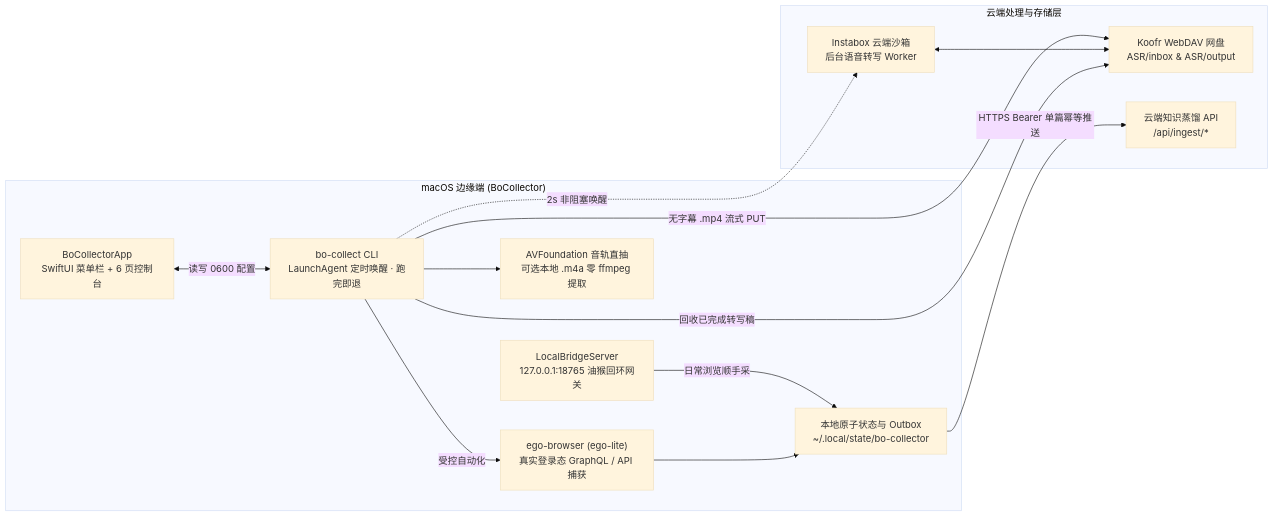
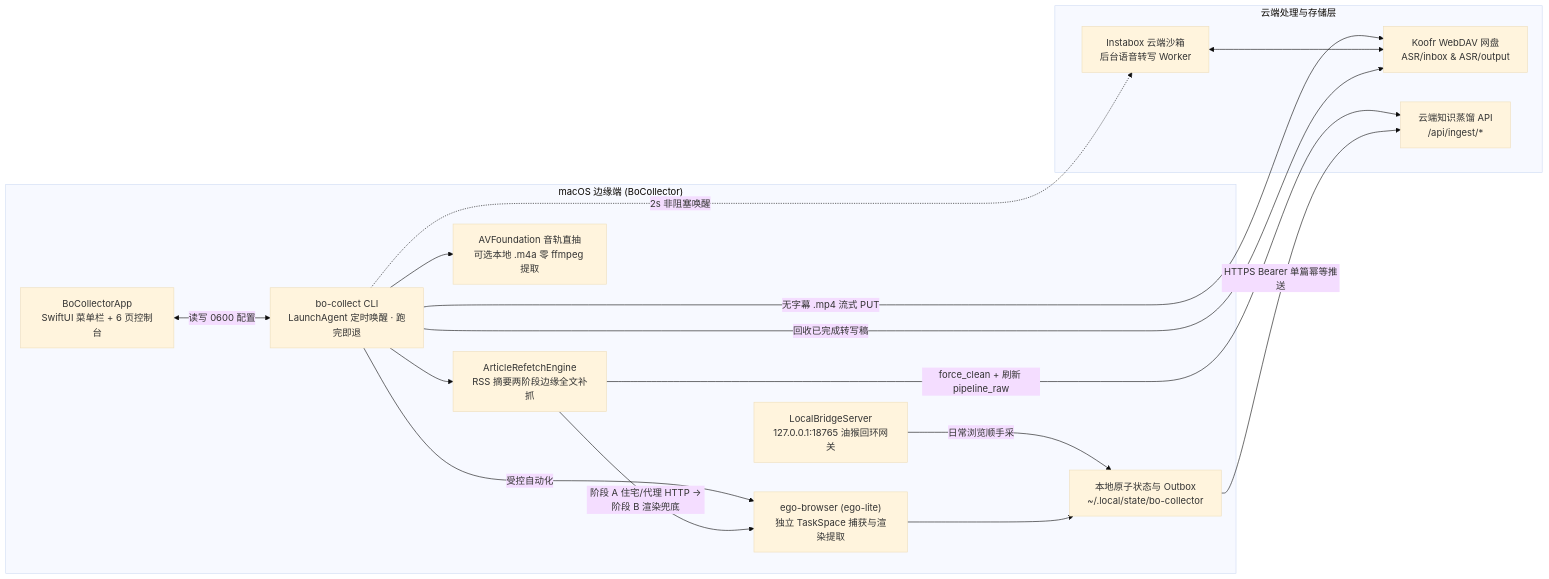
One commit to zhangsubo/bo-collector changed the diagram in README.md. Above: the diagram before and after it, drawn with Mermaid (base theme). The commit also changed other lines of this file, not shown here.

Commit message:
docs: 补充 RSS 两阶段边缘全文补抓架构与 CLI 文档说明

````diff
--- a/README.md
+++ b/README.md
@@ -15,28 +15,32 @@
 ```mermaid
 flowchart LR
     subgraph Mac["macOS 边缘端 (BoCollector)"]
         UI["BoCollectorApp<br/>SwiftUI 菜单栏 + 6 页控制台"]
         CLI["bo-collect CLI<br/>LaunchAgent 定时唤醒 · 跑完即退"]
+        Refetch["ArticleRefetchEngine<br/>RSS 摘要两阶段边缘全文补抓"]
         Bridge["LocalBridgeServer<br/>127.0.0.1:18765 油猴回环网关"]
         Outbox["本地原子状态与 Outbox<br/>~/.local/state/bo-collector"]
-        Ego["ego-browser (ego-lite)<br/>真实登录态 GraphQL / API 捕获"]
+        Ego["ego-browser (ego-lite)<br/>独立 TaskSpace 捕获与渲染提取"]
         AV["AVFoundation 音轨直抽<br/>可选本地 .m4a 零 ffmpeg 提取"]
     end
 
     subgraph Cloud["云端处理与存储层"]
         Koofr["Koofr WebDAV 网盘<br/>ASR/inbox & ASR/output"]
         Box["Instabox 云端沙箱<br/>后台语音转写 Worker"]
         Distiller["云端知识蒸馏 API<br/>/api/ingest/*"]
     end
 
     UI <-->|"读写 0600 配置"| CLI
     CLI -->|"受控自动化"| Ego
+    CLI --> Refetch
+    Refetch -->|"阶段 A 住宅/代理 HTTP ->阶段 B 渲染兜底"| Ego
+    Refetch -->|"force_clean + 刷新 pipeline_raw"| Distiller
     Bridge -->|"日常浏览顺手采"| Outbox
     Ego --> Outbox
     CLI -->|"无字幕 .mp4 流式 PUT"| Koofr
     CLI -.->|"2s 非阻塞唤醒"| Box
     Box <--> Koofr
     CLI -->|"回收已完成转写稿"| Koofr
     CLI --> AV
     Outbox -->|"HTTPS Bearer 单篇幂等推送"| Distiller
 ```
````
